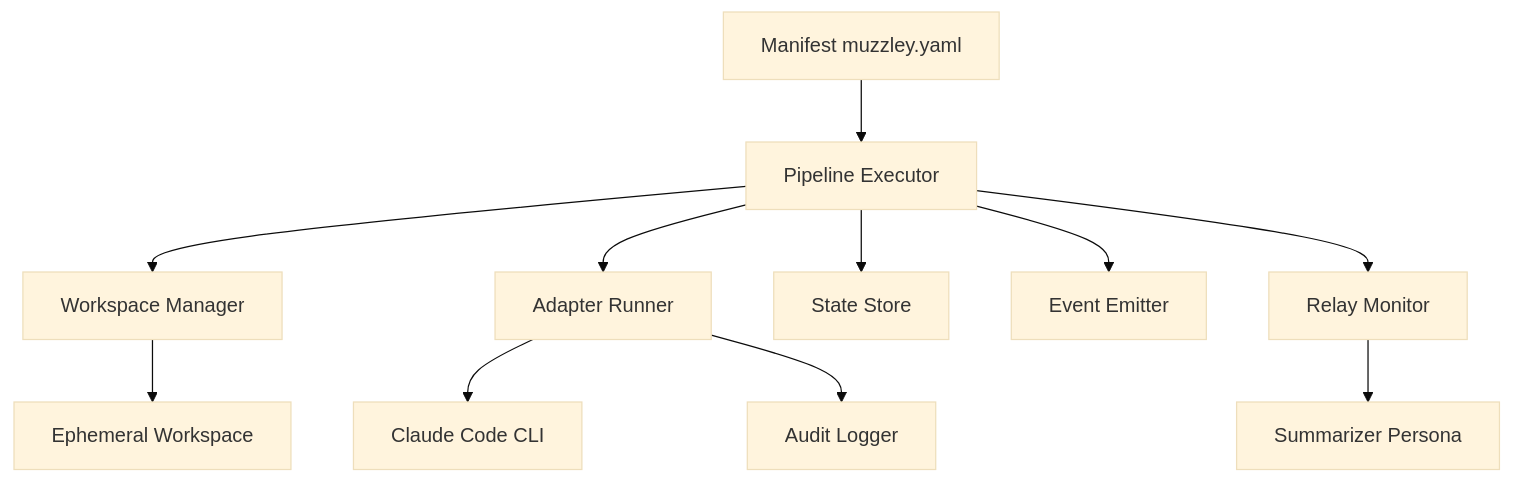
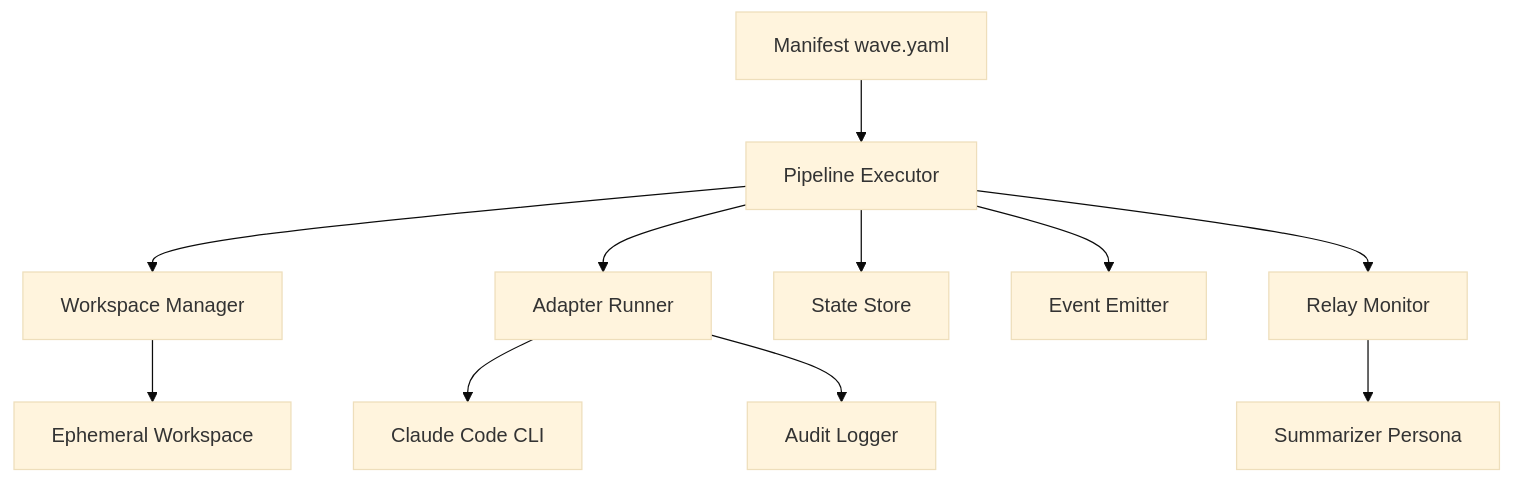
The first of 2 diagrams in docs/concepts/architecture.md (re-cinq/wave), drawn with Mermaid (base theme) before and after one commit. The commit also changed other lines of this file and 45 other files, not shown here.

````diff
--- a/docs/concepts/architecture.md
+++ b/docs/concepts/architecture.md
@@ -9,13 +9,13 @@
 ```mermaid
 graph TD
-    A[Manifest muzzley.yaml] --> B[Pipeline Executor]
+    A[Manifest wave.yaml] --> B[Pipeline Executor]
     B --> C[Workspace Manager]
     B --> D[Adapter Runner]
     B --> E[State Store]
     B --> F[Event Emitter]
     D --> G[Claude Code CLI]
     C --> H[Ephemeral Workspace]
     D --> I[Audit Logger]
     B --> J[Relay Monitor]
     J --> K[Summarizer Persona]
 ```
````
